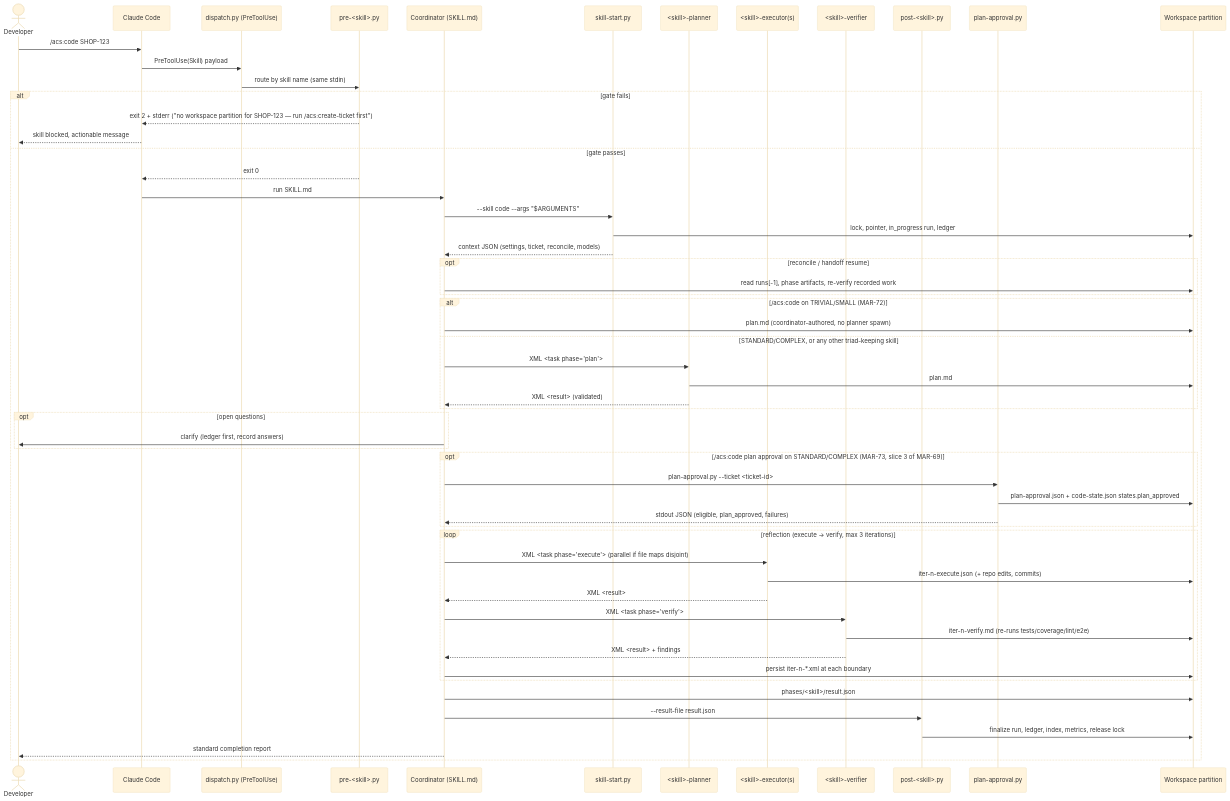
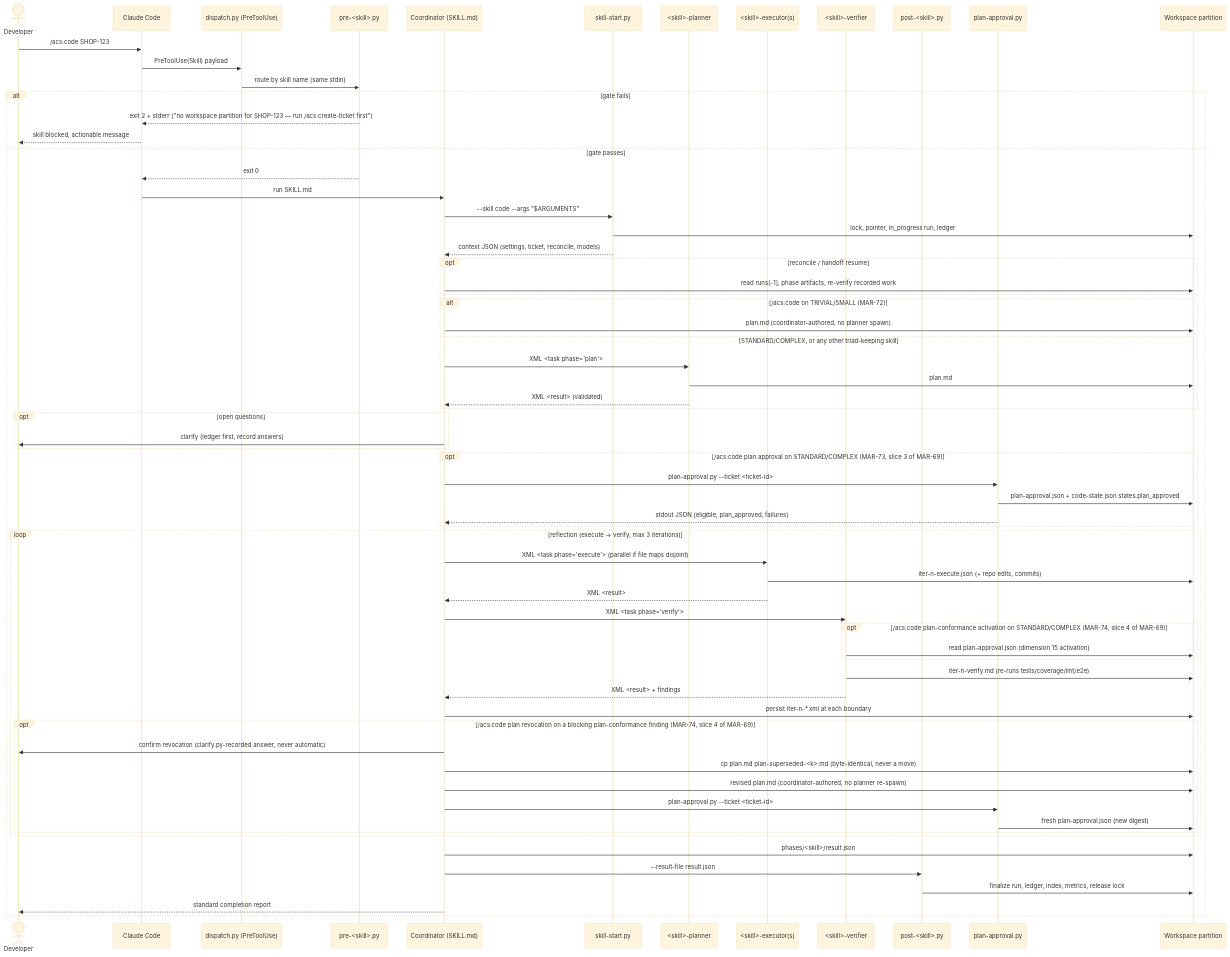
Before and after one commit to globalmindsolution/gms-marketplace: the diagram in docs/architecture/lld/flows/hook-gated-skill-run.md, drawn with Mermaid (base theme). The commit also changed other lines of this file and 17 other files, not shown here.

Commit message:
[#359] Verifier plan-conformance + approval-audit dimensions; ADR-0004 amendment (slice 4) (#372)

````diff
--- a/docs/architecture/lld/flows/hook-gated-skill-run.md
+++ b/docs/architecture/lld/flows/hook-gated-skill-run.md
@@ -33,60 +39,70 @@
 ```mermaid
 sequenceDiagram
     actor Dev as Developer
     participant CC as Claude Code
     participant D as dispatch.py (PreToolUse)
     participant PRE as pre-<skill>.py
     participant CO as Coordinator (SKILL.md)
     participant SS as skill-start.py
     participant PL as <skill>-planner
     participant EX as <skill>-executor(s)
     participant VF as <skill>-verifier
     participant POST as post-<skill>.py
     participant PA as plan-approval.py
     participant WS as Workspace partition
 
     Dev->>CC: /acs:code SHOP-123
     CC->>D: PreToolUse(Skill) payload
     D->>PRE: route by skill name (same stdin)
     alt gate fails
         PRE-->>CC: exit 2 + stderr ("no workspace partition for SHOP-123 — run /acs:create-ticket first")
         CC-->>Dev: skill blocked, actionable message
     else gate passes
         PRE-->>CC: exit 0
         CC->>CO: run SKILL.md
         CO->>SS: --skill code --args "$ARGUMENTS"
         SS->>WS: lock, pointer, in_progress run, ledger
         SS-->>CO: context JSON (settings, ticket, reconcile, models)
         opt reconcile / handoff resume
             CO->>WS: read runs[-1], phase artifacts, re-verify recorded work
         end
         alt /acs:code on TRIVIAL/SMALL (MAR-72)
             CO->>WS: plan.md (coordinator-authored, no planner spawn)
         else STANDARD/COMPLEX, or any other triad-keeping skill
             CO->>PL: XML <task phase="plan">
             PL->>WS: plan.md
             PL-->>CO: XML <result> (validated)
         end
         opt open questions
             CO->>Dev: clarify (ledger first, record answers)
         end
         opt /acs:code plan approval on STANDARD/COMPLEX (MAR-73, slice 3 of MAR-69)
             CO->>PA: plan-approval.py --ticket <ticket-id>
             PA->>WS: plan-approval.json + code-state.json states.plan_approved
             PA-->>CO: stdout JSON (eligible, plan_approved, failures)
         end
         loop reflection (execute → verify, max 3 iterations)
             CO->>EX: XML <task phase="execute"> (parallel if file maps disjoint)
             EX->>WS: iter-n-execute.json (+ repo edits, commits)
             EX-->>CO: XML <result>
             CO->>VF: XML <task phase="verify">
+            opt /acs:code plan-conformance activation on STANDARD/COMPLEX (MAR-74, slice 4 of MAR-69)
+                VF->>WS: read plan-approval.json (dimension 15 activation)
+            end
             VF->>WS: iter-n-verify.md (re-runs tests/coverage/lint/e2e)
             VF-->>CO: XML <result> + findings
             CO->>WS: persist iter-n-*.xml at each boundary
+            opt /acs:code plan revocation on a blocking plan-conformance finding (MAR-74, slice 4 of MAR-69)
+                CO->>Dev: confirm revocation (clarify.py-recorded answer, never automatic)
+                CO->>WS: cp plan.md plan-superseded-<k>.md (byte-identical, never a move)
+                CO->>WS: revised plan.md (coordinator-authored, no planner re-spawn)
+                CO->>PA: plan-approval.py --ticket <ticket-id>
+                PA->>WS: fresh plan-approval.json (new digest)
+            end
         end
         CO->>WS: phases/<skill>/result.json
         CO->>POST: --result-file result.json
         POST->>WS: finalize run, ledger, index, metrics, release lock
         CO-->>Dev: standard completion report
     end
 ```
````
